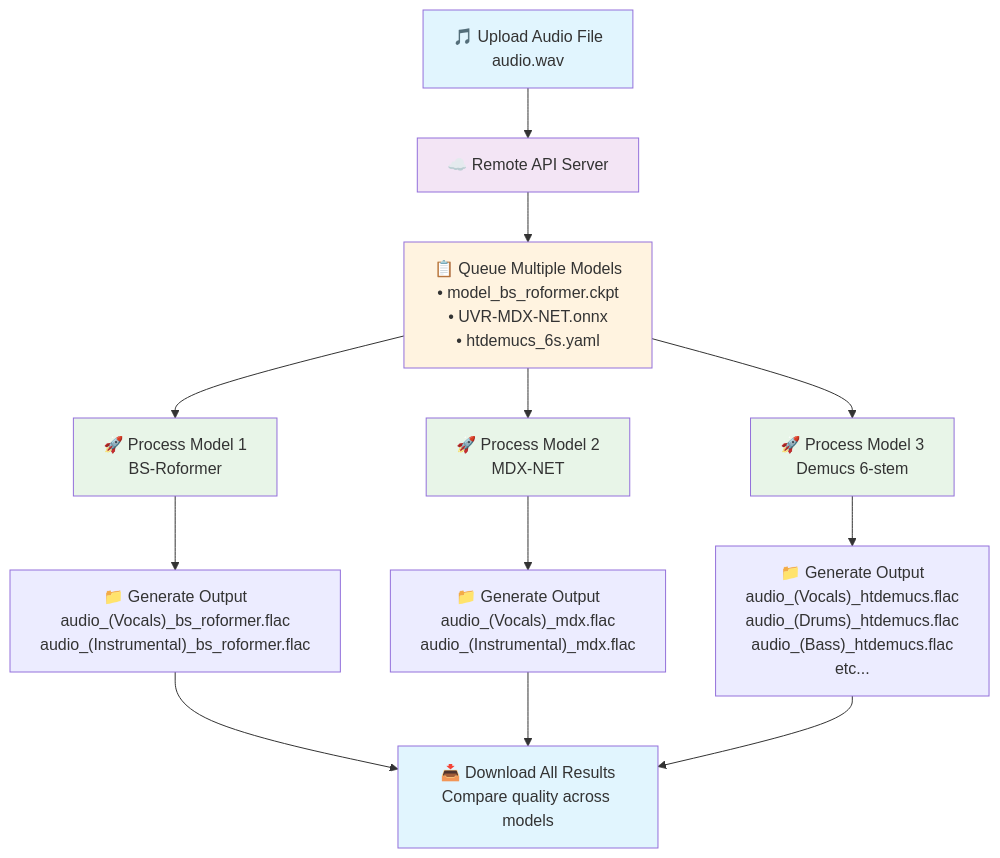
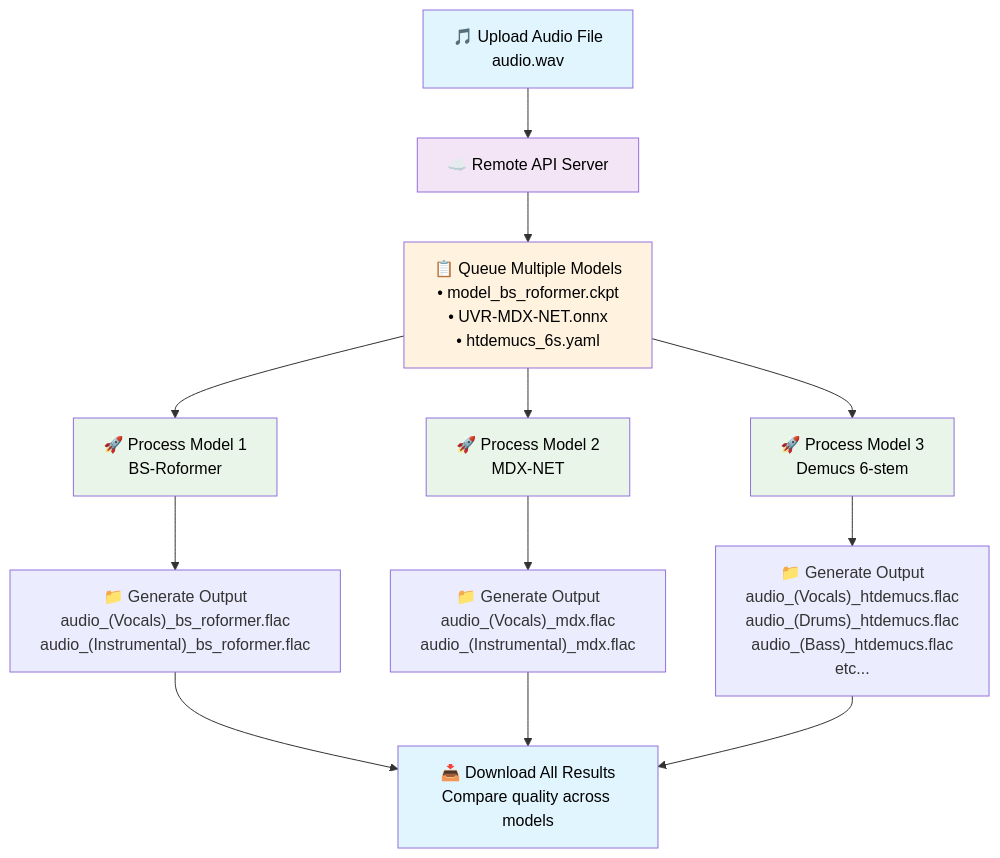
Before and after one commit to nomadkaraoke/python-audio-separator: the diagram in audio_separator/remote/README.md, drawn with Mermaid. The commit also changed other lines of this file, not shown here.

````diff
--- a/audio_separator/remote/README.md
+++ b/audio_separator/remote/README.md
@@ -17,22 +17,22 @@
 ```mermaid
 graph TD
     A["🎵 Upload Audio File<br/>audio.wav"] --> B["☁️ Remote API Server"]
     B --> C["📋 Queue Multiple Models<br/>• model_bs_roformer.ckpt<br/>• UVR-MDX-NET.onnx<br/>• htdemucs_6s.yaml"]
     C --> D["🚀 Process Model 1<br/>BS-Roformer"]
     C --> E["🚀 Process Model 2<br/>MDX-NET"]
     C --> F["🚀 Process Model 3<br/>Demucs 6-stem"]
     D --> G["📁 Generate Output<br/>audio_(Vocals)_bs_roformer.flac<br/>audio_(Instrumental)_bs_roformer.flac"]
     E --> H["📁 Generate Output<br/>audio_(Vocals)_mdx.flac<br/>audio_(Instrumental)_mdx.flac"]
     F --> I["📁 Generate Output<br/>audio_(Vocals)_htdemucs.flac<br/>audio_(Drums)_htdemucs.flac<br/>audio_(Bass)_htdemucs.flac<br/>etc..."]
     G --> J["📥 Download All Results<br/>Compare quality across models"]
     H --> J
     I --> J
     
-    style A fill:#e1f5fe
-    style B fill:#f3e5f5
-    style C fill:#fff3e0
-    style D fill:#e8f5e8
-    style E fill:#e8f5e8
-    style F fill:#e8f5e8
-    style J fill:#e1f5fe
+    style A fill:#e1f5fe,color:#000
+    style B fill:#f3e5f5,color:#000
+    style C fill:#fff3e0,color:#000
+    style D fill:#e8f5e8,color:#000
+    style E fill:#e8f5e8,color:#000
+    style F fill:#e8f5e8,color:#000
+    style J fill:#e1f5fe,color:#000
 ```
````
